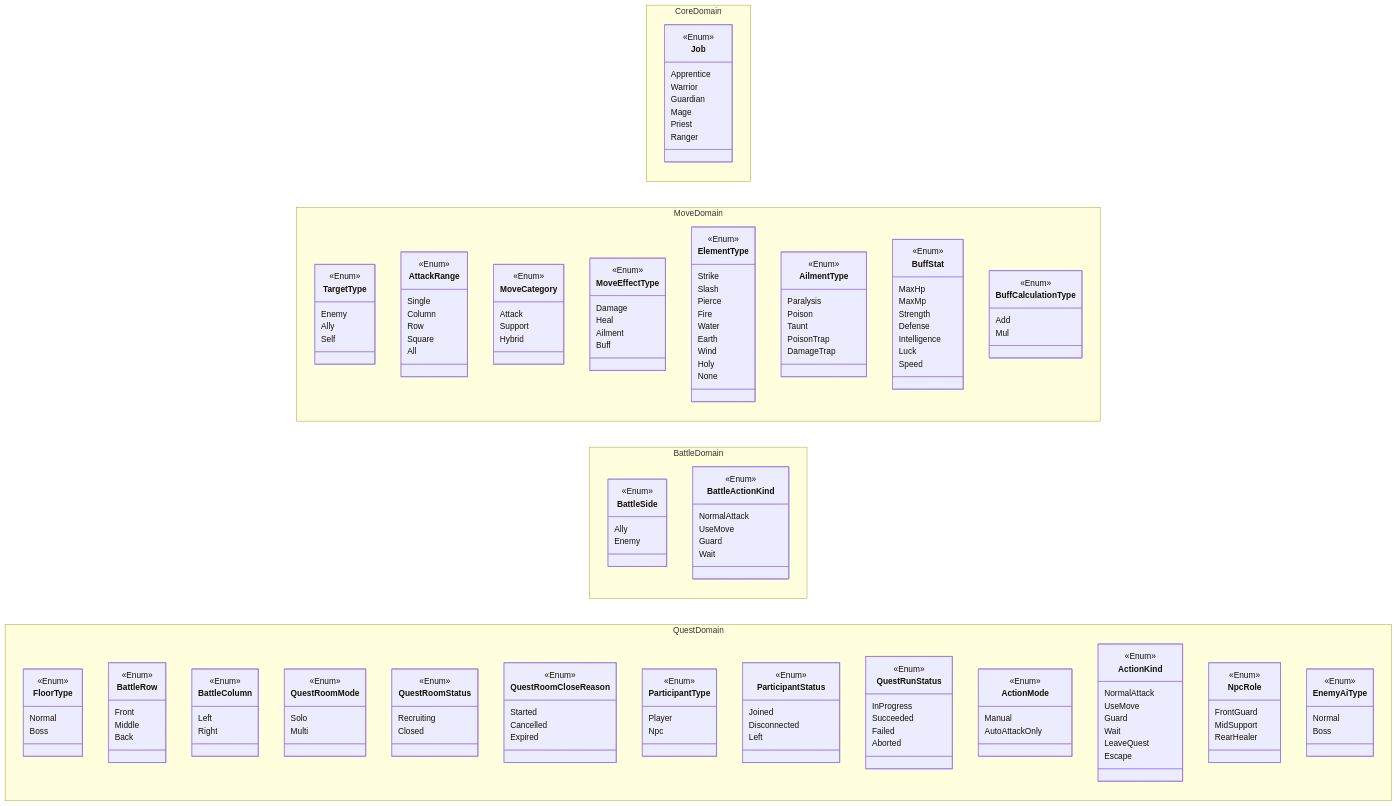
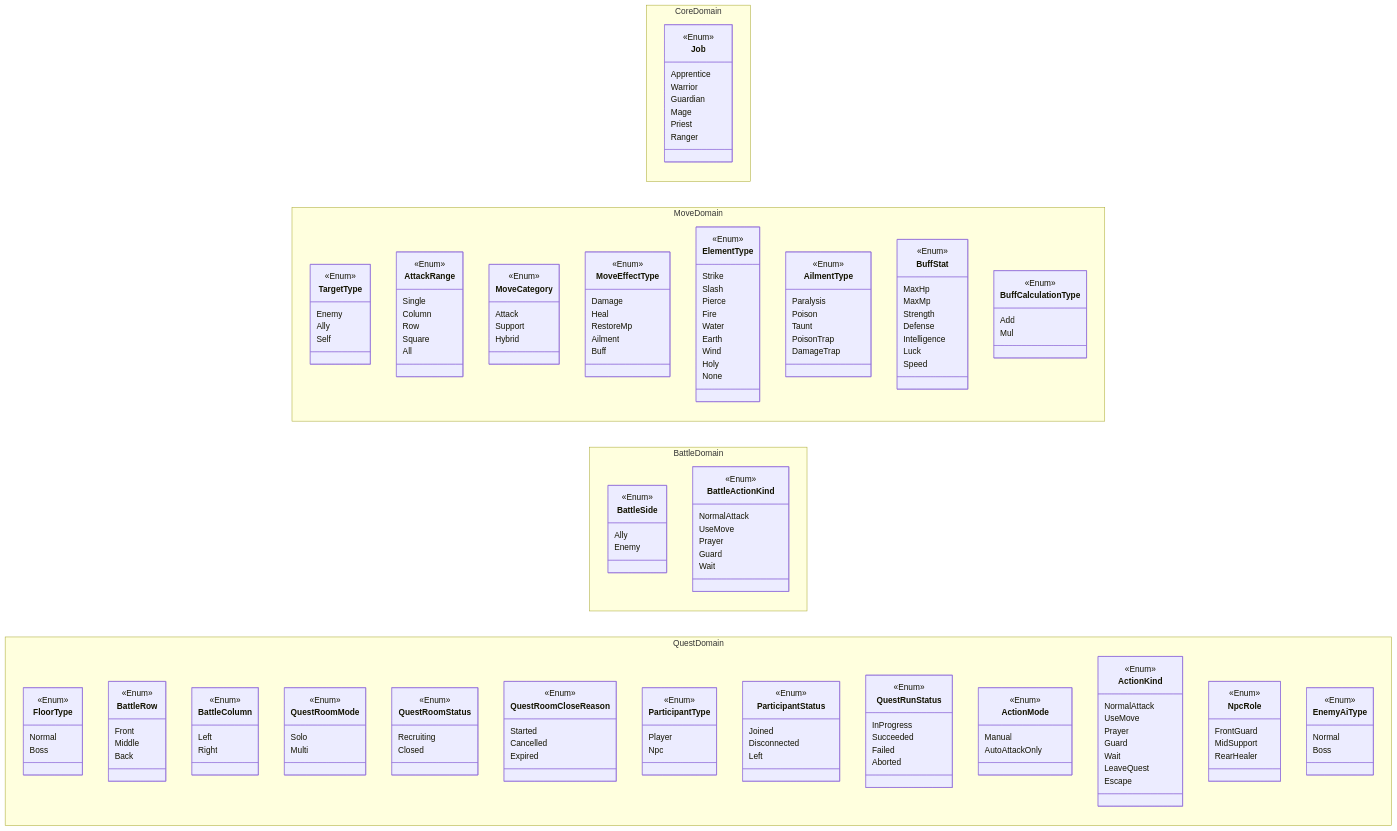
Before and after one commit to ayumu203/nisekue: the diagram in docs/MMD21_Enum.mmd, drawn with Mermaid. The commit also changed 2 other files, not shown here.

```diff
--- a/docs/MMD21_Enum.mmd
+++ b/docs/MMD21_Enum.mmd
@@ -1,191 +1,194 @@
 classDiagram
     direction LR
     namespace CoreDomain {
         class Job {
             <<Enum>>
             Apprentice
             Warrior
             Guardian
             Mage
             Priest
             Ranger
         }
     }
 
     namespace MoveDomain {
         class TargetType {
             <<Enum>>
             Enemy
             Ally
             Self
         }
 
         class AttackRange {
             <<Enum>>
             Single
             Column
             Row
             Square
             All
         }
 
         class MoveCategory {
             <<Enum>>
             Attack
             Support
             Hybrid
         }
 
         class MoveEffectType {
             <<Enum>>
             Damage
             Heal
+            RestoreMp
             Ailment
             Buff
         }
 
         class ElementType {
             <<Enum>>
             Strike
             Slash
             Pierce
             Fire
             Water
             Earth
             Wind
             Holy
             None
         }
 
         class AilmentType {
             <<Enum>>
             Paralysis
             Poison
             Taunt
             PoisonTrap
             DamageTrap
         }
 
         class BuffStat {
             <<Enum>>
             MaxHp
             MaxMp
             Strength
             Defense
             Intelligence
             Luck
             Speed
         }
 
         class BuffCalculationType {
             <<Enum>>
             Add
             Mul
         }
     }
 
     namespace BattleDomain {
         class BattleSide {
             <<Enum>>
             Ally
             Enemy
         }
 
         class BattleActionKind {
             <<Enum>>
             NormalAttack
             UseMove
+            Prayer
             Guard
             Wait
         }
     }
 
     namespace QuestDomain {
         class FloorType {
             <<Enum>>
             Normal
             Boss
         }
 
         class BattleRow {
             <<Enum>>
             Front
             Middle
             Back
         }
 
         class BattleColumn {
             <<Enum>>
             Left
             Right
         }
 
         class QuestRoomMode {
             <<Enum>>
             Solo
             Multi
         }
 
         class QuestRoomStatus {
             <<Enum>>
             Recruiting
             Closed
         }
 
         class QuestRoomCloseReason {
             <<Enum>>
             Started
             Cancelled
             Expired
         }
 
         class ParticipantType {
             <<Enum>>
             Player
             Npc
         }
 
         class ParticipantStatus {
             <<Enum>>
             Joined
             Disconnected
             Left
         }
 
         class QuestRunStatus {
             <<Enum>>
             InProgress
             Succeeded
             Failed
             Aborted
         }
 
         class ActionMode {
             <<Enum>>
             Manual
             AutoAttackOnly
         }
 
         class ActionKind {
             <<Enum>>
             NormalAttack
             UseMove
+            Prayer
             Guard
             Wait
             LeaveQuest
             Escape
         }
 
         class NpcRole {
             <<Enum>>
             FrontGuard
             MidSupport
             RearHealer
         }
 
         class EnemyAiType {
             <<Enum>>
             Normal
             Boss
         }
     }
```
